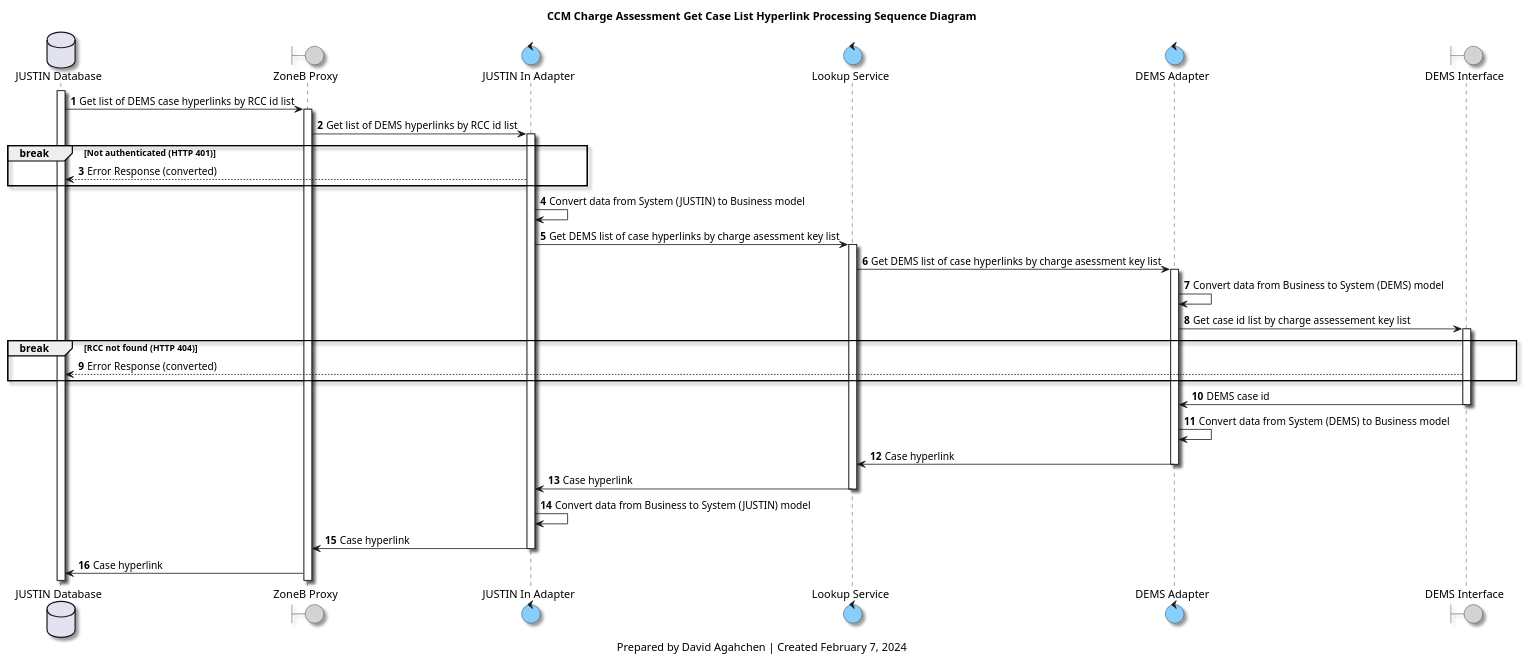
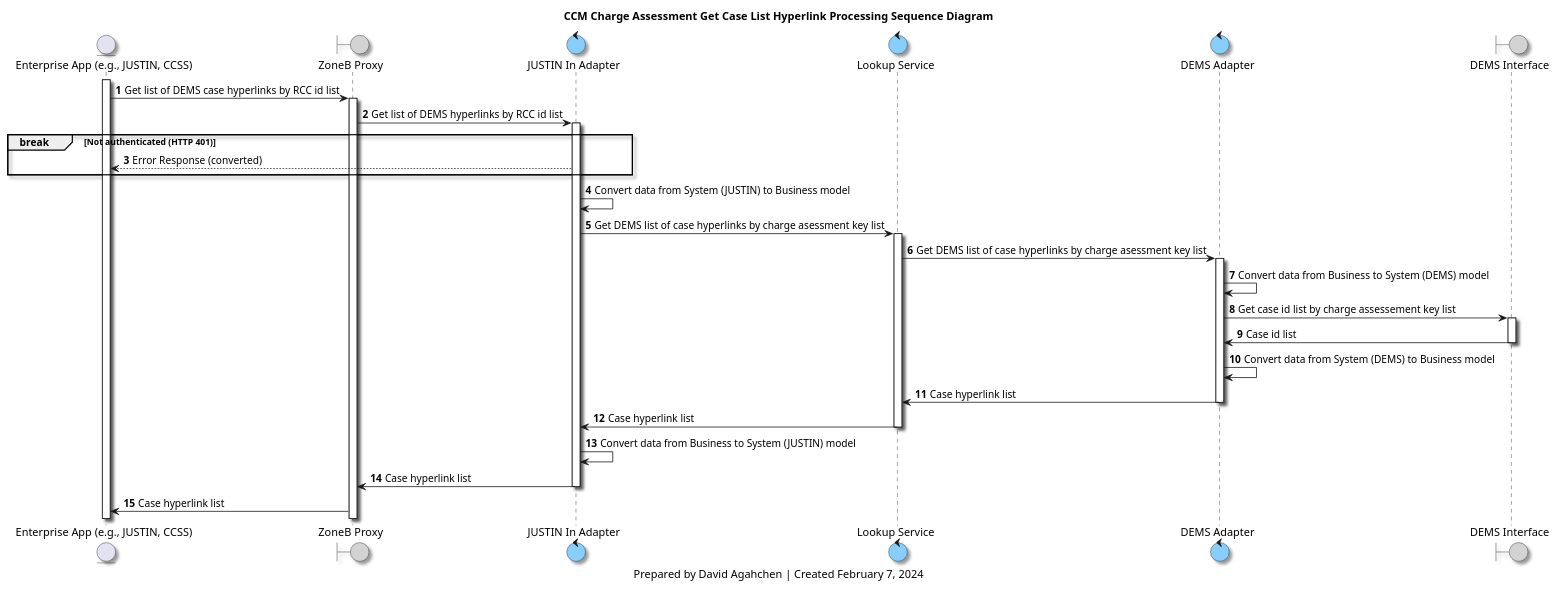
Before and after one commit to bcgov/jpss-jade-ccm: the diagram in diagrams/ccm_charge_assessment_get_case_list_hyperlink_processing_sequence_diagram.plantuml, drawn with PlantUML. The commit also changed 1 other file, not shown here.

Commit message:
Update Enterprise App and error handling in processing sequence diagram

```diff
--- a/diagrams/ccm_charge_assessment_get_case_list_hyperlink_processing_sequence_diagram.plantuml
+++ b/diagrams/ccm_charge_assessment_get_case_list_hyperlink_processing_sequence_diagram.plantuml
@@ -1,73 +1,69 @@
 @startuml
 'hide footbox
 
 skinparam Shadowing true
 skinparam CollectionsBackgroundColor Lavender
 skinparam ControlBackgroundColor LightSkyBlue
 skinparam BoundaryBackgroundColor LightGrey
 
 /' 
 Available colours
 https://plantuml-documentation.readthedocs.io/en/latest/formatting/color-names.html
 '/
 
-database justin_db as "JUSTIN Database"
+entity enterprise_app as "Enterprise App (e.g., JUSTIN, CCSS)"
 boundary zb_interface as "ZoneB Proxy"
 control ji_adapter as "JUSTIN In Adapter"
 control lookup_service as "Lookup Service"
 control d_adapter as "DEMS Adapter"
 boundary d_interface as "DEMS Interface"
 
 title
 CCM Charge Assessment Get Case List Hyperlink Processing Sequence Diagram
 end title
 
 autonumber
 
-activate justin_db
-justin_db -> zb_interface: Get list of DEMS case hyperlinks by RCC id list
+activate enterprise_app
+enterprise_app -> zb_interface: Get list of DEMS case hyperlinks by RCC id list
 activate zb_interface
 
 zb_interface -> ji_adapter: Get list of DEMS hyperlinks by RCC id list
 activate ji_adapter
 
 break Not authenticated (HTTP 401)
-    ji_adapter --> justin_db: Error Response (converted)
+    ji_adapter --> enterprise_app: Error Response (converted)
 end break
 
 ji_adapter -> ji_adapter: Convert data from System (JUSTIN) to Business model
 ji_adapter -> lookup_service: Get DEMS list of case hyperlinks by charge asessment key list
 
 activate lookup_service
 lookup_service -> d_adapter: Get DEMS list of case hyperlinks by charge asessment key list
 
 activate d_adapter
 d_adapter -> d_adapter: Convert data from Business to System (DEMS) model
 d_adapter -> d_interface: Get case id list by charge assessement key list
 
 activate d_interface
 
-break RCC not found (HTTP 404)
-    d_interface --> justin_db: Error Response (converted)
-end break
-
-d_interface -> d_adapter: DEMS case id
+d_interface -> d_adapter: Case id list
 deactivate d_interface
 
 d_adapter -> d_adapter: Convert data from System (DEMS) to Business model
-d_adapter -> lookup_service: Case hyperlink
+d_adapter -> lookup_service: Case hyperlink list
 deactivate d_adapter
 
-lookup_service -> ji_adapter: Case hyperlink
+lookup_service -> ji_adapter: Case hyperlink list
 deactivate lookup_service
 
 ji_adapter -> ji_adapter: Convert data from Business to System (JUSTIN) model
-ji_adapter -> zb_interface: Case hyperlink
+ji_adapter -> zb_interface: Case hyperlink list
 
 deactivate ji_adapter
-zb_interface -> justin_db: Case hyperlink
+zb_interface -> enterprise_app: Case hyperlink list
 
 caption
 Prepared by David Agahchen | Created February 7, 2024
 end caption
 @enduml
```
